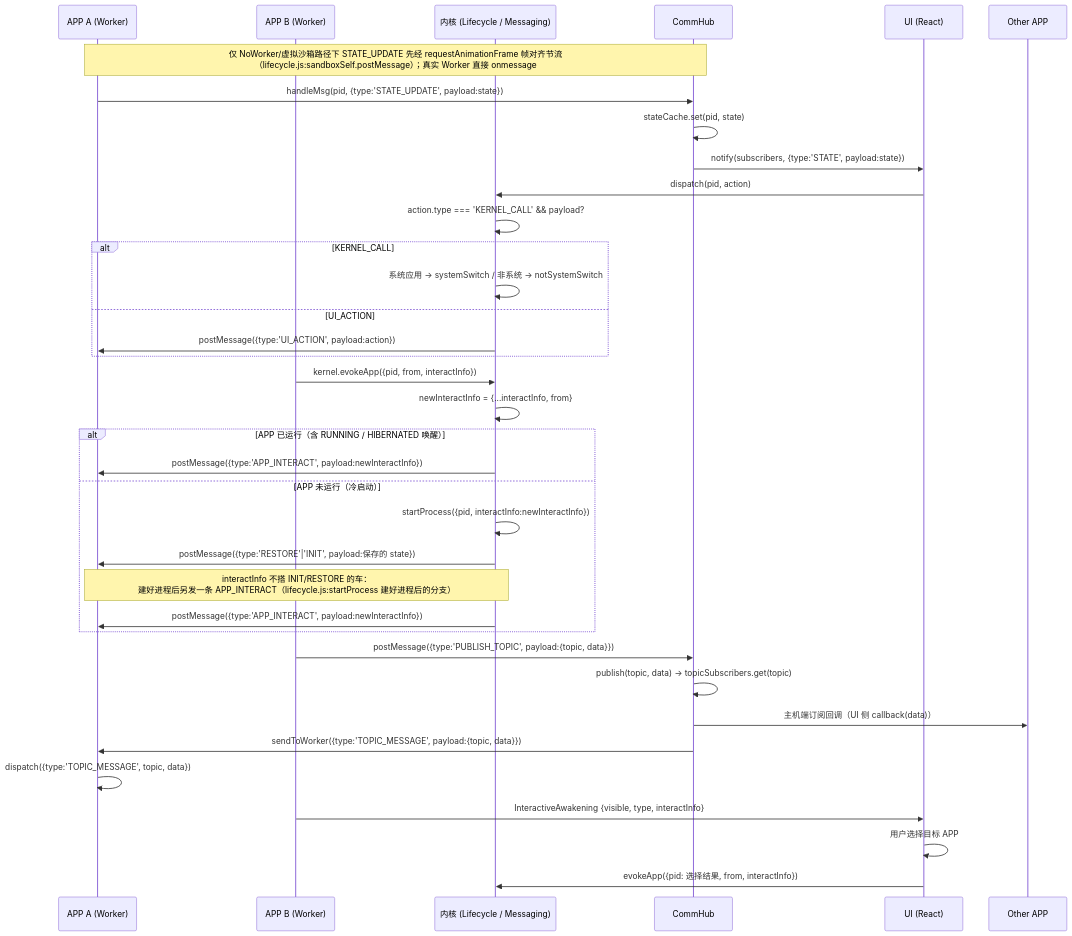
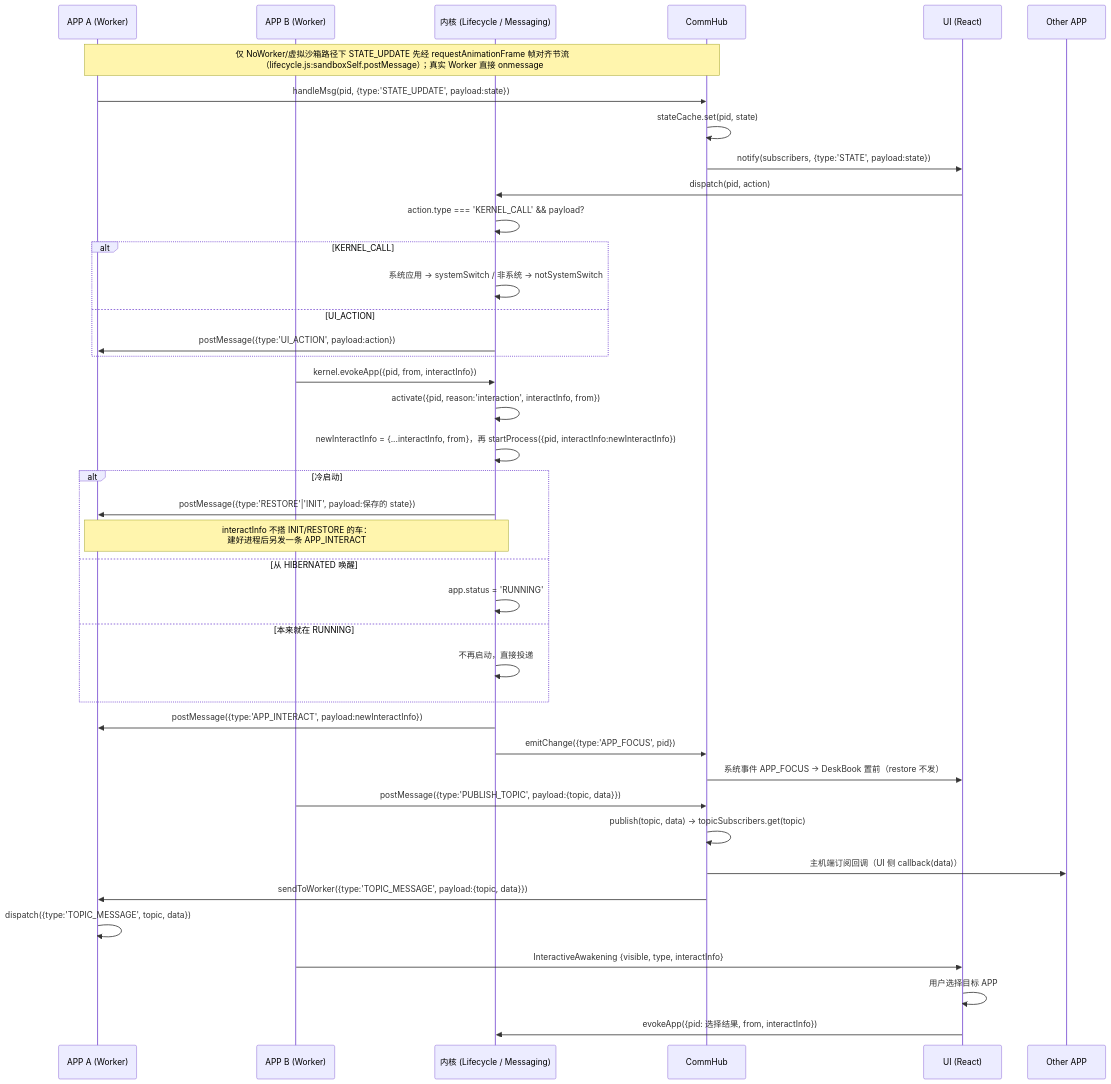
Before and after one commit to suluwanqing/sukinOS: the diagram in docs/mermaid/20-app-communication-flow.mmd, drawn with Mermaid. The commit also changed 104 other files, not shown here.

```diff
--- a/docs/mermaid/20-app-communication-flow.mmd
+++ b/docs/mermaid/20-app-communication-flow.mmd
@@ -1,46 +1,50 @@
 sequenceDiagram
     participant AppA as APP A (Worker)
     participant AppB as APP B (Worker)
     participant Kernel as 内核 (Lifecycle / Messaging)
     participant CommHub as CommHub
     participant KernelUI as UI (React)
     participant OtherApp as Other APP
 
     %% STATE_UPDATE: Worker -> UI
     Note over AppA,CommHub: 仅 NoWorker/虚拟沙箱路径下 STATE_UPDATE 先经 requestAnimationFrame 帧对齐节流<br/>（lifecycle.js:sandboxSelf.postMessage）；真实 Worker 直接 onmessage
     AppA->>CommHub: handleMsg(pid, {type:'STATE_UPDATE', payload:state})
     CommHub->>CommHub: stateCache.set(pid, state)
     CommHub->>KernelUI: notify(subscribers, {type:'STATE', payload:state})
 
     %% UI_ACTION: UI -> Worker
     KernelUI->>Kernel: dispatch(pid, action)
     Kernel->>Kernel: action.type === 'KERNEL_CALL' && payload?
     alt KERNEL_CALL
         Kernel->>Kernel: 系统应用 → systemSwitch / 非系统 → notSystemSwitch
     else UI_ACTION
         Kernel->>AppA: postMessage({type:'UI_ACTION', payload:action})
     end
 
-    %% evokeApp: 跨应用唤起
+    %% evokeApp: 跨应用唤起（= activate(reason:'interaction')）
     AppB->>Kernel: kernel.evokeApp({pid, from, interactInfo})
-    Kernel->>Kernel: newInteractInfo = {...interactInfo, from}
-    alt APP 已运行（含 RUNNING / HIBERNATED 唤醒）
-        Kernel->>AppA: postMessage({type:'APP_INTERACT', payload:newInteractInfo})
-    else APP 未运行（冷启动）
-        Kernel->>Kernel: startProcess({pid, interactInfo:newInteractInfo})
+    Kernel->>Kernel: activate({pid, reason:'interaction', interactInfo, from})
+    Kernel->>Kernel: newInteractInfo = {...interactInfo, from}，再 startProcess({pid, interactInfo:newInteractInfo})
+    alt 冷启动
         Kernel->>AppA: postMessage({type:'RESTORE'|'INIT', payload:保存的 state})
-        Note over Kernel,AppA: interactInfo 不搭 INIT/RESTORE 的车：<br/>建好进程后另发一条 APP_INTERACT（lifecycle.js:startProcess 建好进程后的分支）
-        Kernel->>AppA: postMessage({type:'APP_INTERACT', payload:newInteractInfo})
+        Note over Kernel,AppA: interactInfo 不搭 INIT/RESTORE 的车：<br/>建好进程后另发一条 APP_INTERACT
+    else 从 HIBERNATED 唤醒
+        Kernel->>Kernel: app.status = 'RUNNING'
+    else 本来就在 RUNNING
+        Kernel->>Kernel: 不再启动，直接投递
     end
+    Kernel->>AppA: postMessage({type:'APP_INTERACT', payload:newInteractInfo})
+    Kernel->>CommHub: emitChange({type:'APP_FOCUS', pid})
+    CommHub->>KernelUI: 系统事件 APP_FOCUS → DeskBook 置前（restore 不发）
 
     %% Pub/Sub 主题消息
     AppB->>CommHub: postMessage({type:'PUBLISH_TOPIC', payload:{topic, data}})
     CommHub->>CommHub: publish(topic, data) → topicSubscribers.get(topic)
     CommHub->>OtherApp: 主机端订阅回调（UI 侧 callback(data)）
     CommHub->>AppA: sendToWorker({type:'TOPIC_MESSAGE', payload:{topic, data}})
     AppA->>AppA: dispatch({type:'TOPIC_MESSAGE', topic, data})
 
     %% InteractiveAwakening 中间件
     AppB->>KernelUI: InteractiveAwakening {visible, type, interactInfo}
     KernelUI->>KernelUI: 用户选择目标 APP
     KernelUI->>Kernel: evokeApp({pid: 选择结果, from, interactInfo})
```
